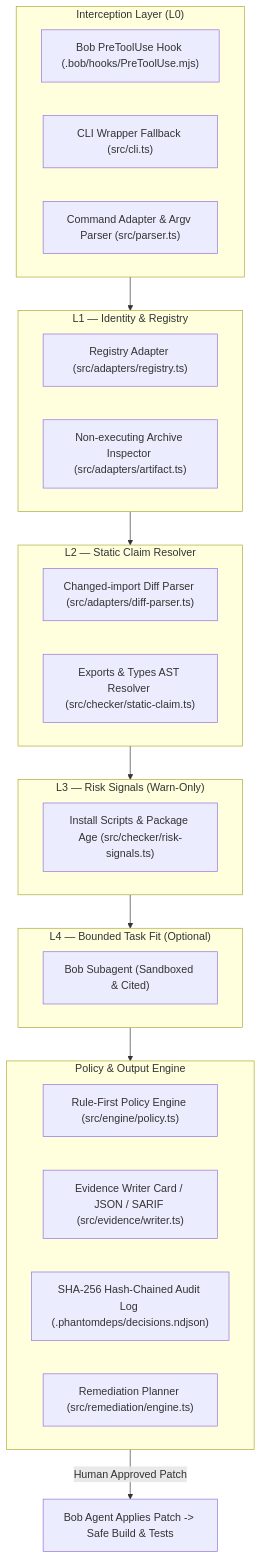
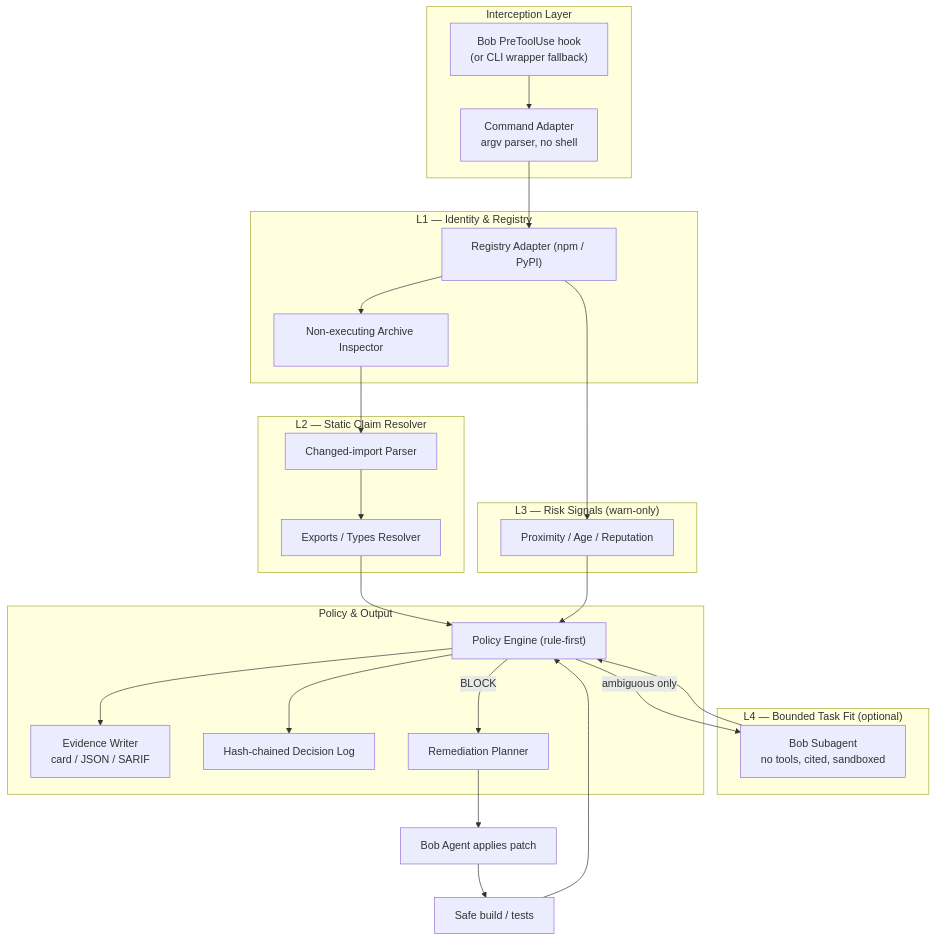
Before and after one commit to adishxm/phantomdeps: the third of 5 diagrams in README.md, drawn with Mermaid.

Commit message:
docs(readme): streamline Technical Architecture Mermaid diagram to compact reference design

````diff
--- a/README.md
+++ b/README.md
@@ -122,40 +122,38 @@
 ```mermaid
 flowchart TD
-    subgraph Interception ["Interception Layer (L0)"]
-        A1["Bob PreToolUse Hook (.bob/hooks/PreToolUse.mjs)"]
-        A2["CLI Wrapper Fallback (src/cli.ts)"]
-        A3["Command Adapter & Argv Parser (src/parser.ts)"]
+    subgraph Client["Interception Layer"]
+        HK["Bob PreToolUse hook<br/>(or CLI wrapper fallback)"]
+        CA["Command Adapter<br/>argv parser, no shell"]
+    end
+    subgraph L1["L1 — Identity & Registry"]
+        RA["Registry Adapter (npm / PyPI)"]
+        AR["Non-executing Archive Inspector"]
+    end
+    subgraph L2["L2 — Static Claim Resolver"]
+        IM["Changed-import Parser"]
+        EX["Exports / Types Resolver"]
+    end
+    subgraph L3["L3 — Risk Signals (warn-only)"]
+        SQ["Proximity / Age / Reputation"]
+    end
+    subgraph L4["L4 — Bounded Task Fit (optional)"]
+        SUB["Bob Subagent<br/>no tools, cited, sandboxed"]
+    end
+    subgraph Core["Policy & Output"]
+        PE["Policy Engine (rule-first)"]
+        EW["Evidence Writer<br/>card / JSON / SARIF"]
+        DL["Hash-chained Decision Log"]
+        RP["Remediation Planner"]
     end
 
-    subgraph Identity ["L1 — Identity & Registry"]
-        B1["Registry Adapter (src/adapters/registry.ts)"]
-        B2["Non-executing Archive Inspector (src/adapters/artifact.ts)"]
-    end
-
-    subgraph StaticResolver ["L2 — Static Claim Resolver"]
-        C1["Changed-import Diff Parser (src/adapters/diff-parser.ts)"]
-        C2["Exports & Types AST Resolver (src/checker/static-claim.ts)"]
-    end
-
-    subgraph RiskSignals ["L3 — Risk Signals (Warn-Only)"]
-        D1["Install Scripts & Package Age (src/checker/risk-signals.ts)"]
-    end
-
-    subgraph BoundedFit ["L4 — Bounded Task Fit (Optional)"]
-        E1["Bob Subagent (Sandboxed & Cited)"]
-    end
-
-    subgraph PolicyEngine ["Policy & Output Engine"]
-        F1["Rule-First Policy Engine (src/engine/policy.ts)"]
-        F2["Evidence Writer Card / JSON / SARIF (src/evidence/writer.ts)"]
-        F3["SHA-256 Hash-Chained Audit Log (.phantomdeps/decisions.ndjson)"]
-        F4["Remediation Planner (src/remediation/engine.ts)"]
-    end
-
-    Interception --> Identity
-    Identity --> StaticResolver
-    StaticResolver --> RiskSignals
-    RiskSignals --> BoundedFit
-    BoundedFit --> PolicyEngine
-    PolicyEngine -- "Human Approved Patch" --> G["Bob Agent Applies Patch -> Safe Build & Tests"]
+    HK --> CA --> RA
+    RA --> AR --> IM --> EX
+    RA --> SQ
+    EX --> PE
+    SQ --> PE
+    PE -->|"ambiguous only"| SUB --> PE
+    PE --> EW
+    PE --> DL
+    PE -->|"BLOCK"| RP --> BobA["Bob Agent applies patch"]
+    BobA --> Tests["Safe build / tests"] --> PE
 ```
````
